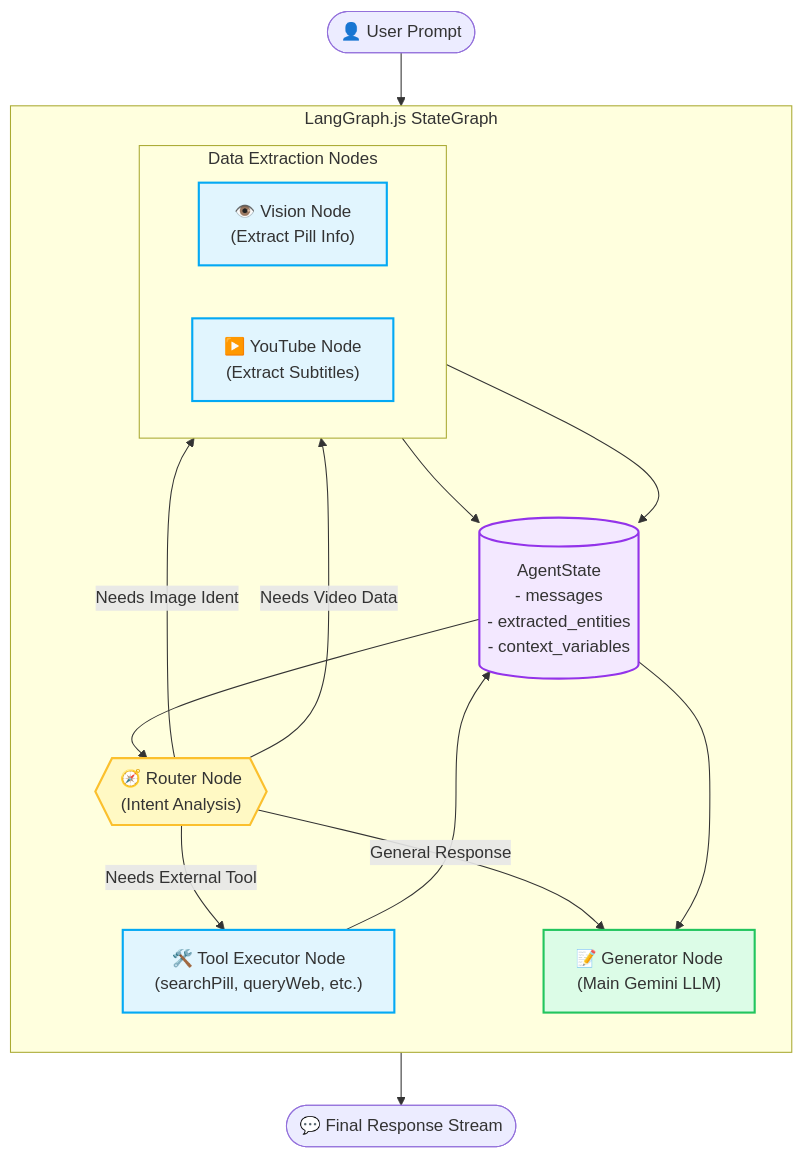
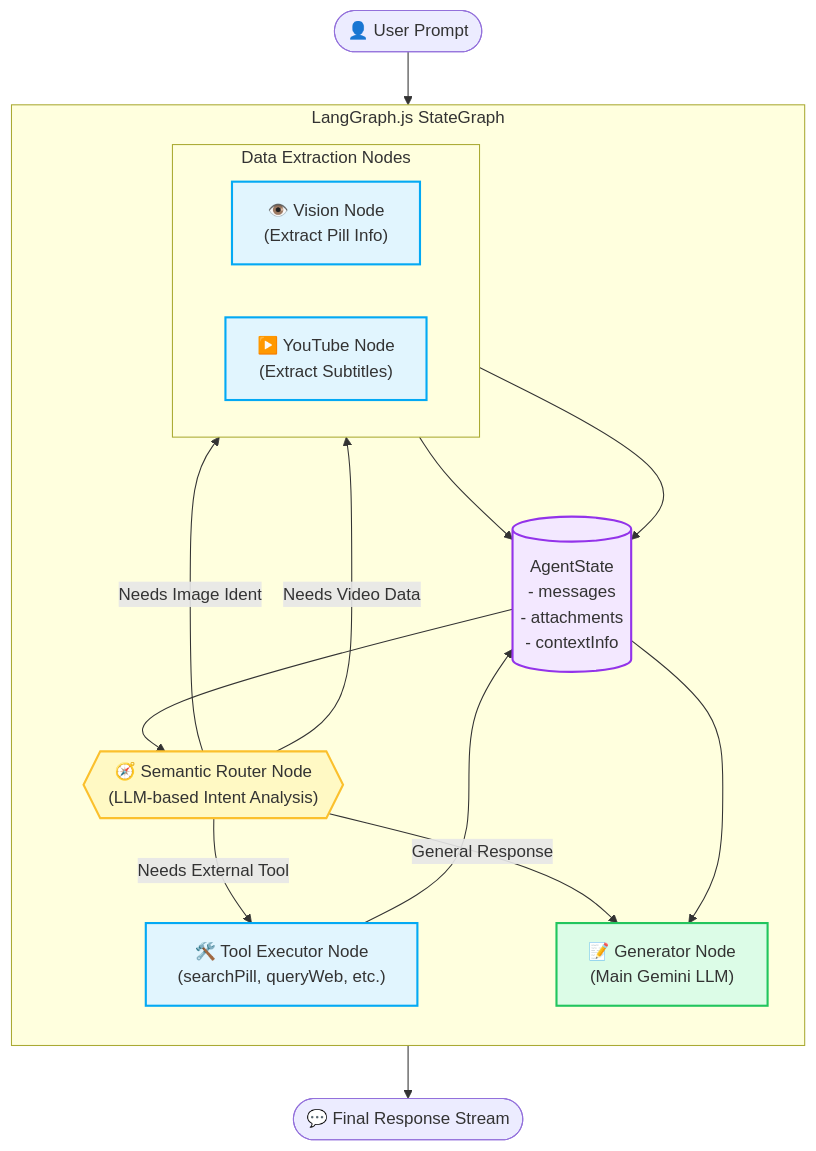
The third of 3 diagrams in README.md (jpjp92/chat-agent), drawn with Mermaid before and after one commit. The commit also changed other lines of this file and 3 other files, not shown here.

Commit message:
feat: Replace keyword heuristics with an LLM-powered semantic router for intent classification, including a fallback mechanism, and update documentation.

````diff
--- a/README.md
+++ b/README.md
@@ -279,50 +283,50 @@
 ```mermaid
 flowchart TB
     %% Nodes Definition
     User([👤 User Prompt])
 
     subgraph StateGraph ["LangGraph.js StateGraph"]
         direction TB
-        StateNode[("AgentState<br/>- messages<br/>- extracted_entities<br/>- context_variables")]
+        StateNode[("AgentState<br/>- messages<br/>- attachments<br/>- contextInfo")]
 
-        RouterNode{{"🧭 Router Node<br/>(Intent Analysis)"}}
+        RouterNode{{"🧭 Semantic Router Node<br/>(LLM-based Intent Analysis)"}}
 
         subgraph Preprocessors ["Data Extraction Nodes"]
             direction LR
             Vision["👁️ Vision Node<br/>(Extract Pill Info)"]
             YouTube["▶️ YouTube Node<br/>(Extract Subtitles)"]
         end
 
         ToolExecutor["🛠️ Tool Executor Node<br/>(searchPill, queryWeb, etc.)"]
 
         Generator["📝 Generator Node<br/>(Main Gemini LLM)"]
     end
 
     Output([💬 Final Response Stream])
 
     %% Edge Logic
     User --> StateNode
     StateNode --> RouterNode
     RouterNode -- "Needs Image Ident" --> Vision
     RouterNode -- "Needs Video Data" --> YouTube
     RouterNode -- "Needs External Tool" --> ToolExecutor
     RouterNode -- "General Response" --> Generator
 
     Vision --> StateNode
     YouTube --> StateNode
     ToolExecutor --> StateNode
 
     StateNode --> Generator
     Generator --> Output
 
     %% Styling
     classDef stateNode fill:#f3e8ff,stroke:#9333ea,stroke-width:2px;
     classDef router fill:#fff9c4,stroke:#fbc02d,stroke-width:2px;
     classDef tools fill:#e1f5fe,stroke:#03a9f4,stroke-width:2px;
     classDef gen fill:#dcfce7,stroke:#22c55e,stroke-width:2px;
 
     class StateNode stateNode;
     class RouterNode router;
     class Vision,YouTube,ToolExecutor tools;
     class Generator gen;
 ```
````
